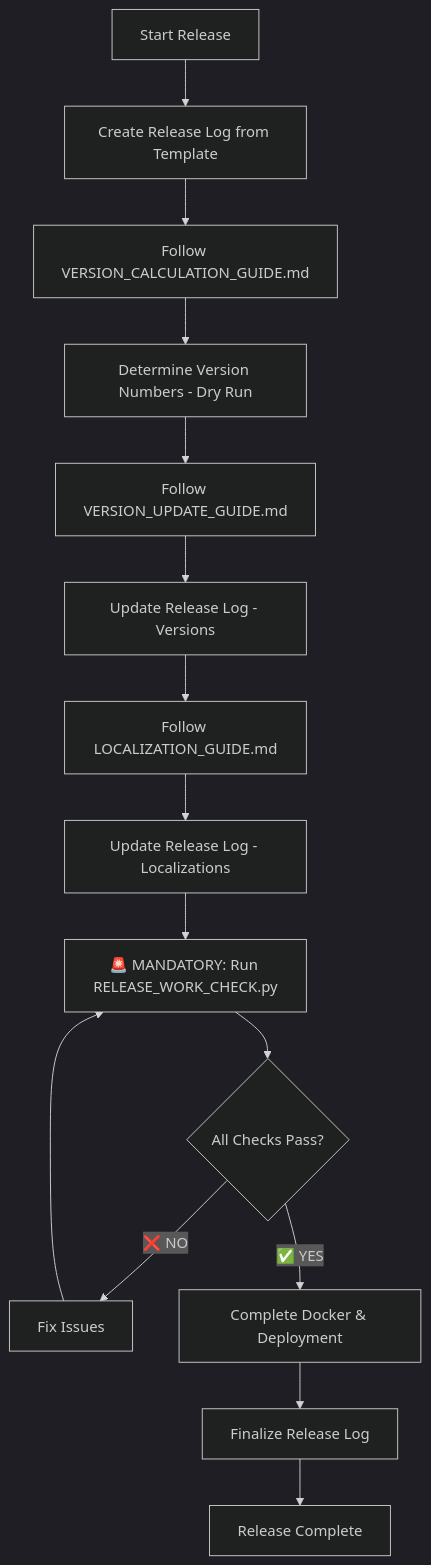
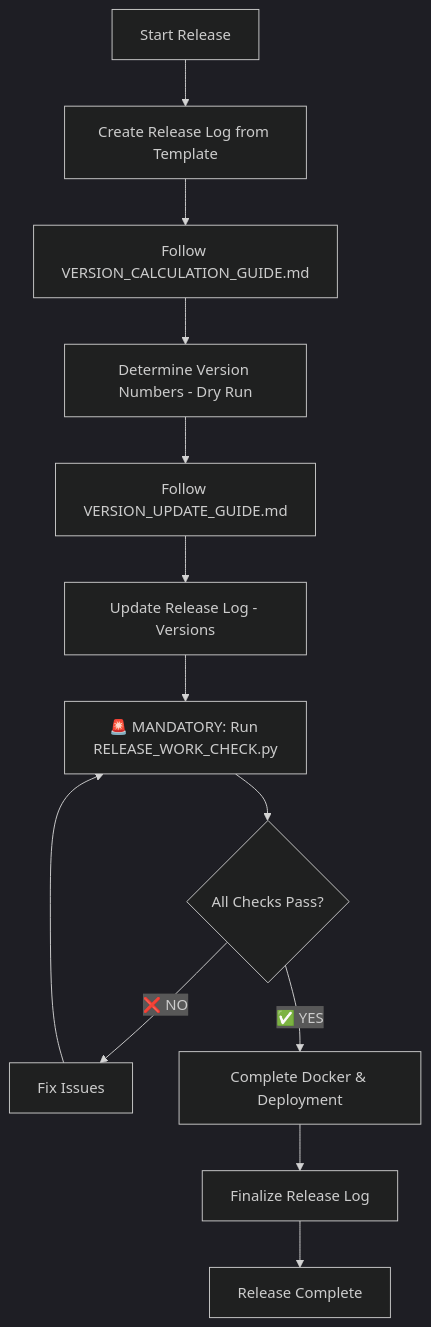
The diagram in settings/RELEASE_GUIDE.md (Fujio-Turner/cb_completed_request), drawn with Mermaid (dark theme) before and after one commit. The commit also changed other lines of this file and 1 other file, not shown here.

````diff
--- a/settings/RELEASE_GUIDE.md
+++ b/settings/RELEASE_GUIDE.md
@@ -286,17 +260,15 @@
 ```mermaid
 graph TD
     A[Start Release] --> B[Create Release Log from Template]
     B --> C[Follow VERSION_CALCULATION_GUIDE.md]
     C --> D[Determine Version Numbers - Dry Run]
     D --> E[Follow VERSION_UPDATE_GUIDE.md]
     E --> F[Update Release Log - Versions]
-    F --> G[Follow LOCALIZATION_GUIDE.md] 
-    G --> H[Update Release Log - Localizations]
-    H --> I[🚨 MANDATORY: Run RELEASE_WORK_CHECK.py]
-    I --> J{All Checks Pass?}
-    J -->|❌ NO| K[Fix Issues]
-    K --> I
-    J -->|✅ YES| L[Complete Docker & Deployment]
-    L --> M[Finalize Release Log]
-    M --> N[Release Complete]
+    F --> G[🚨 MANDATORY: Run RELEASE_WORK_CHECK.py]
+    G --> H{All Checks Pass?}
+    H -->|❌ NO| I[Fix Issues]
+    I --> G
+    H -->|✅ YES| J[Complete Docker & Deployment]
+    J --> K[Finalize Release Log]
+    K --> L[Release Complete]
 ```
````
